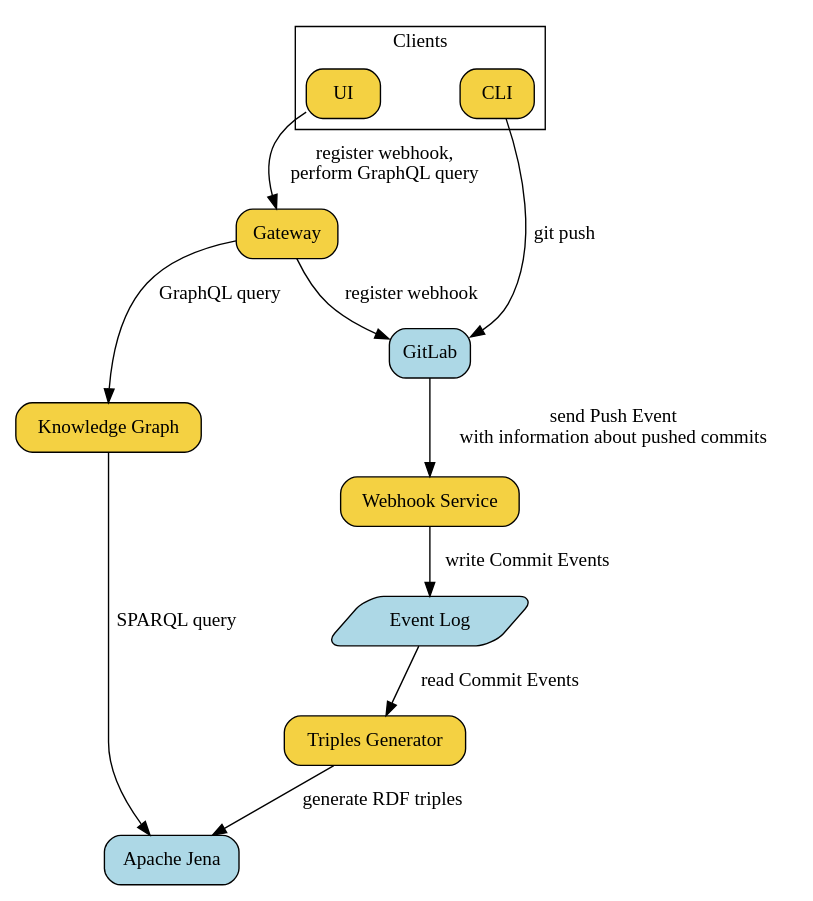
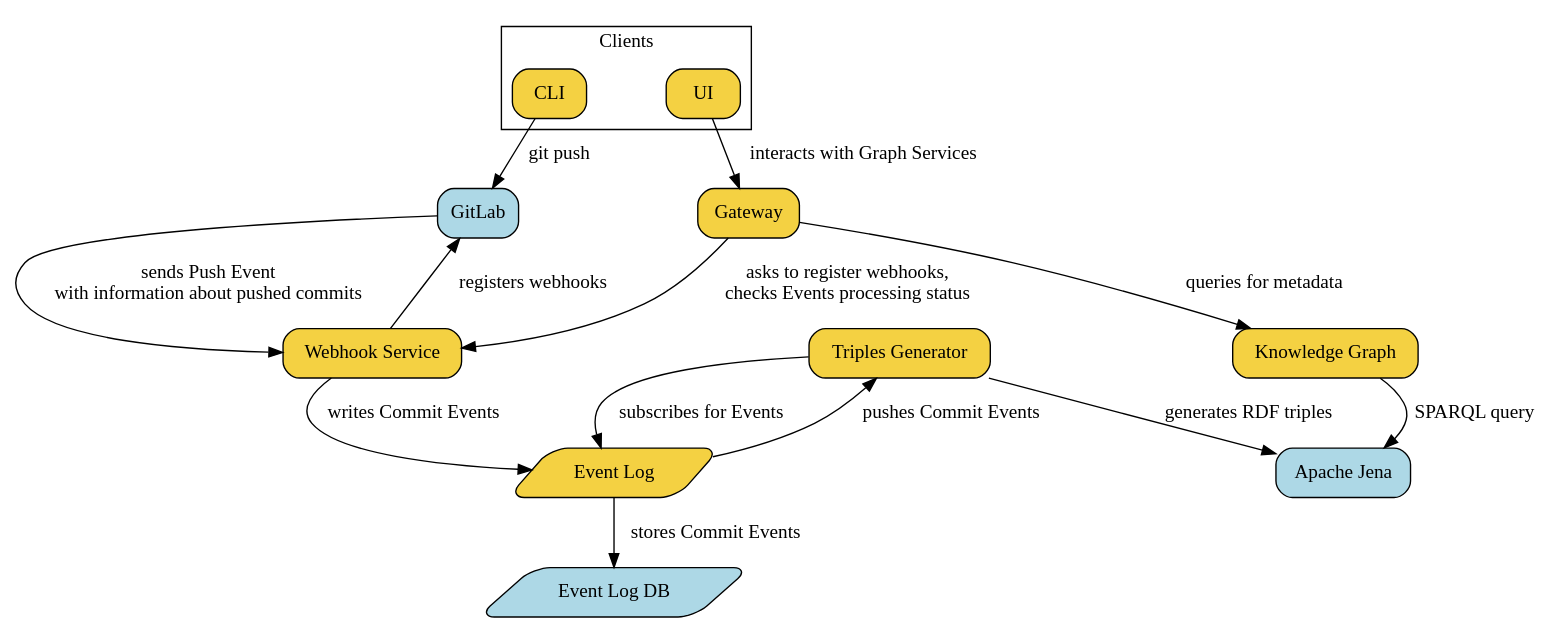
One commit to SwissDataScienceCenter/renku changed the diagram in docs/_static/graphviz/graph_services_architecture.dot. Above: the diagram before and after it, drawn with Graphviz. The commit also changed 6 other files, not shown here.

Commit message:
docs: updated docs for renku-graph

```diff
--- a/docs/_static/graphviz/graph_services_architecture.dot
+++ b/docs/_static/graphviz/graph_services_architecture.dot
@@ -1,35 +1,39 @@
 strict digraph architecture {
   compound=true;
   newrank=true;
 
   graph [fontname="Raleway", nodesep="0.8"];
   node [shape="rect", style="filled,rounded", fontname="Raleway"];
   edge [fontname="Raleway"]
 
   GitLab [fillcolor="lightblue"]
   UI [fillcolor="#f4d142"]
   CLI [fillcolor="#f4d142"]
   WHS [label="Webhook Service" fillcolor="#f4d142"]
-  RDF [label="Triples Generator" fillcolor="#f4d142"]
+  TG [label="Triples Generator" fillcolor="#f4d142"]
   KG [label="Knowledge Graph" fillcolor="#f4d142"]
   Gateway [fillcolor="#f4d142"]
   Jena [label="Apache Jena" fillcolor="lightblue"]
-  Log [label="Event Log" fillcolor="lightblue", shape="parallelogram", width=2.0]
+  Log [label="Event Log" fillcolor="#f4d142", shape="parallelogram", width=2.0]
+  LogDB [label="Event Log DB" fillcolor="lightblue", shape="parallelogram", width=2.0]
 
   subgraph cluster_clients {
     label="Clients"
     UI
     CLI
     {rank=same; UI, CLI};
   }
 
   CLI -> GitLab [label=" git push"]
-  Gateway -> GitLab [label=" register webhook"]
-  GitLab -> WHS [label=" send Push Event\nwith information about pushed commits"]
-  WHS -> Log [label=" write Commit Events"]
-  Log -> RDF [label=" read Commit Events"]
-  RDF -> Jena [label=" generate RDF triples"]
-  Gateway -> KG [label=" GraphQL query"]
+  WHS -> GitLab [label=" registers webhooks"]
+  GitLab -> WHS [label=" sends Push Event\nwith information about pushed commits"]
+  WHS -> Log [label=" writes Commit Events"]
+  Log -> LogDB [label=" stores Commit Events"]
+  TG -> Log [label=" subscribes for Events"]
+  Log -> TG [label=" pushes Commit Events"]
+  TG -> Jena [label=" generates RDF triples"]
   KG -> Jena [label=" SPARQL query"]
-  UI -> Gateway [label=" register webhook,\nperform GraphQL query"]
+  UI -> Gateway [label=" interacts with Graph Services"]
+  Gateway -> WHS [label=" asks to register webhooks,\nchecks Events processing status"]
+  Gateway -> KG [label=" queries for metadata"]
 }
```
